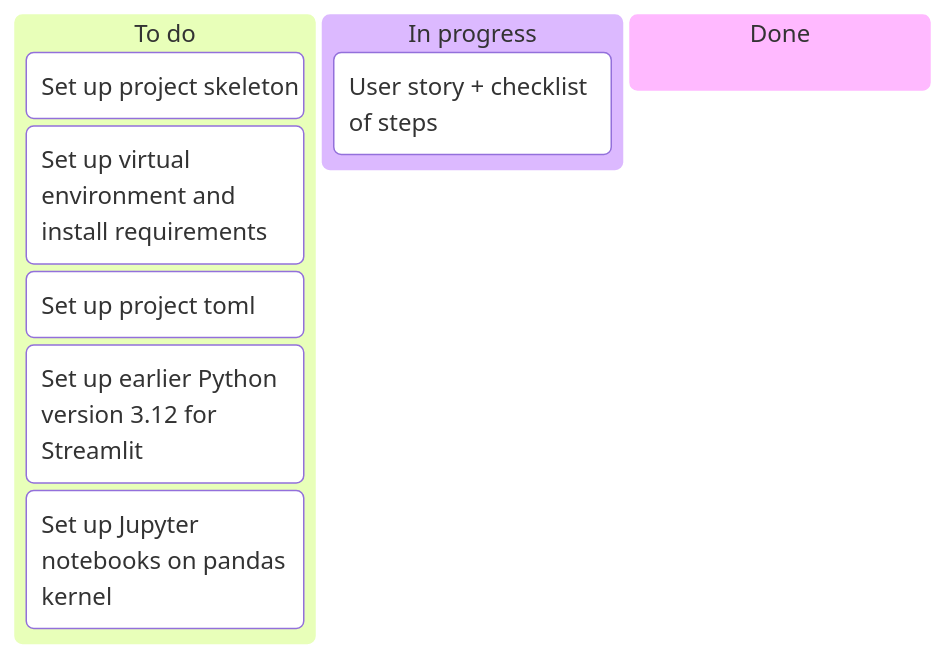
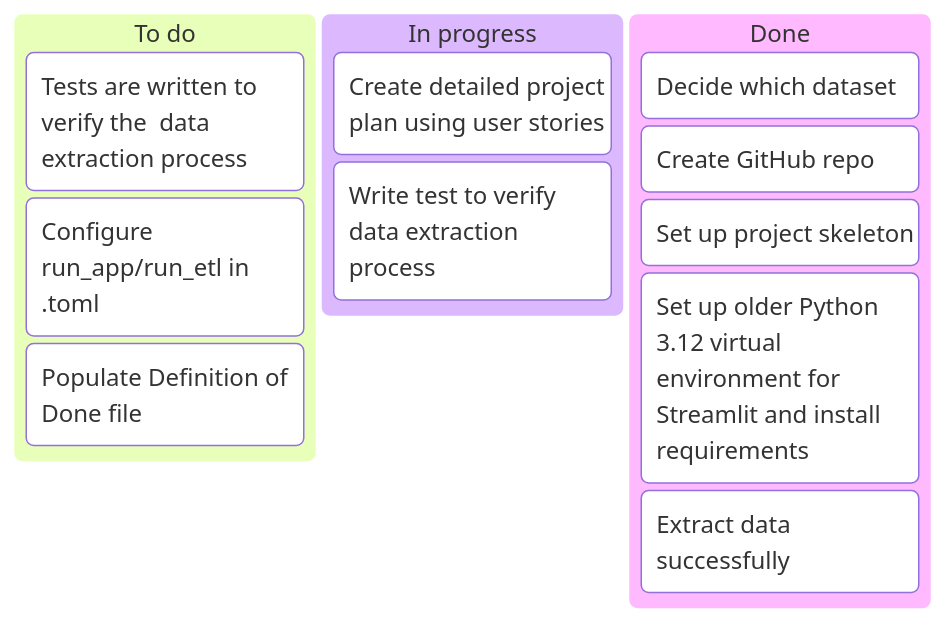
Before and after one commit to RonanD10/capstone-project: the first of 2 diagrams in docs/kanban.md, drawn with Mermaid. The commit also changed other lines of this file and 101 other files, not shown here.

````diff
--- a/docs/kanban.md
+++ b/docs/kanban.md
@@ -56,14 +3,28 @@
 ```mermaid
 kanban
-    To do 
-        Set up project skeleton
-        Set up virtual environment and install requirements
-        Set up project toml
-        Set up earlier Python version 3.12 for Streamlit
-        Set up Jupyter notebooks on pandas kernel 
+    To do   
 
-    In progress 
-        User story + checklist of steps
+        
+
+        
+
+        Tests are written to verify the  data extraction process
+
+        Configure run_app/run_etl in .toml
+
+        Populate Definition of Done file
+
+    In progress
+        
+        Create detailed project plan using user stories
+        Write test to verify data extraction process
+        
 
     Done
+        Decide which dataset
+        Create GitHub repo 
+        Set up project skeleton
+        Set up older Python 3.12 virtual environment for Streamlit and install requirements
+        Extract data successfully
+        
 ```
````
